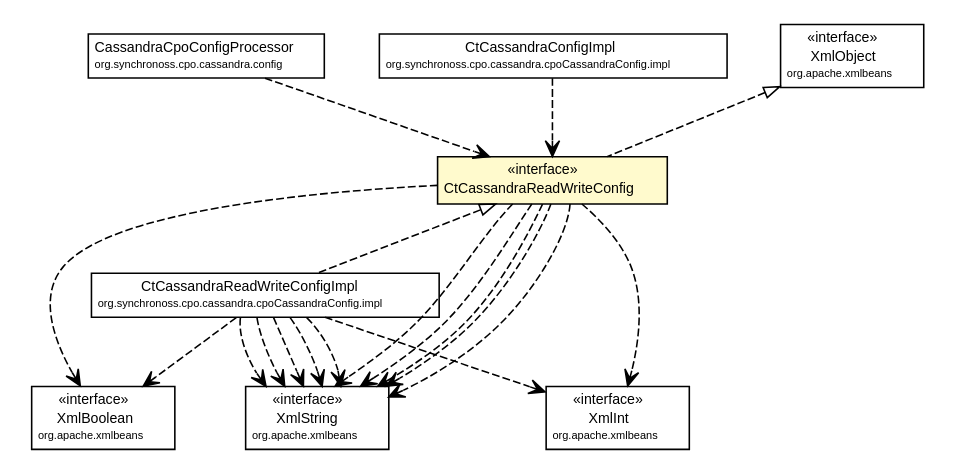
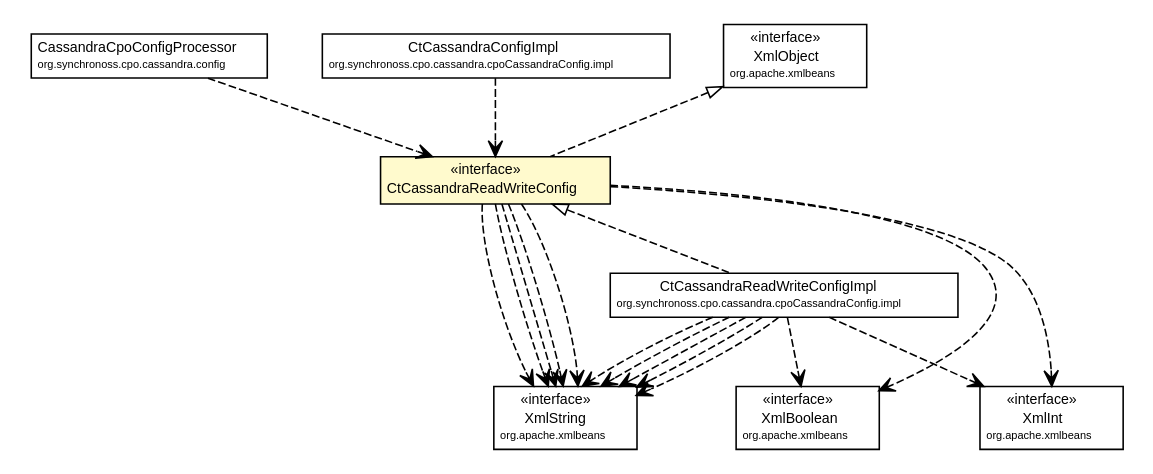
Before and after one commit to synchronoss/cpo-api: the diagram in site/apidocs/org/synchronoss/cpo/cassandra/cpoCassandraConfig/CtCassandraReadWriteConfig.dot, drawn with Graphviz. The commit also changed 876 other files, not shown here.

```diff
--- a/site/apidocs/org/synchronoss/cpo/cassandra/cpoCassandraConfig/CtCassandraReadWriteConfig.dot
+++ b/site/apidocs/org/synchronoss/cpo/cassandra/cpoCassandraConfig/CtCassandraReadWriteConfig.dot
@@ -1,106 +1,106 @@
 #!/usr/local/bin/dot
 #
 # Class diagram 
 # Generated by UmlGraph version 4.6 (http://www.spinellis.gr/sw/umlgraph)
 #
 
 digraph G {
 	edge [fontname="Helvetica",fontsize=10,labelfontname="Helvetica",labelfontsize=10];
 	node [fontname="Helvetica",fontsize=10,shape=plaintext];
 	// org.synchronoss.cpo.cassandra.config.CassandraCpoConfigProcessor
 	c51211 [label=<<table border="0" cellborder="1" cellspacing="0" cellpadding="2" port="p" href="../config/CassandraCpoConfigProcessor.html">
 		<tr><td><table border="0" cellspacing="0" cellpadding="1">
 			<tr><td> CassandraCpoConfigProcessor </td></tr>
 			<tr><td><font point-size="7.0"> org.synchronoss.cpo.cassandra.config </font></td></tr>
 		</table></td></tr>
 		</table>>, fontname="Helvetica", fontcolor="black", fontsize=9.0];
 	// org.synchronoss.cpo.cassandra.cpoCassandraConfig.CtCassandraReadWriteConfig
 	c51230 [label=<<table border="0" cellborder="1" cellspacing="0" cellpadding="2" port="p" bgcolor="lemonChiffon" href="./CtCassandraReadWriteConfig.html">
 		<tr><td><table border="0" cellspacing="0" cellpadding="1">
 			<tr><td> &laquo;interface&raquo; </td></tr>
 			<tr><td> CtCassandraReadWriteConfig </td></tr>
 		</table></td></tr>
 		</table>>, fontname="Helvetica", fontcolor="black", fontsize=9.0];
 	// org.synchronoss.cpo.cassandra.cpoCassandraConfig.impl.CtCassandraReadWriteConfigImpl
 	c51237 [label=<<table border="0" cellborder="1" cellspacing="0" cellpadding="2" port="p" href="./impl/CtCassandraReadWriteConfigImpl.html">
 		<tr><td><table border="0" cellspacing="0" cellpadding="1">
 			<tr><td> CtCassandraReadWriteConfigImpl </td></tr>
 			<tr><td><font point-size="7.0"> org.synchronoss.cpo.cassandra.cpoCassandraConfig.impl </font></td></tr>
 		</table></td></tr>
 		</table>>, fontname="Helvetica", fontcolor="black", fontsize=9.0];
 	// org.synchronoss.cpo.cassandra.cpoCassandraConfig.impl.CtCassandraConfigImpl
 	c51238 [label=<<table border="0" cellborder="1" cellspacing="0" cellpadding="2" port="p" href="./impl/CtCassandraConfigImpl.html">
 		<tr><td><table border="0" cellspacing="0" cellpadding="1">
 			<tr><td> CtCassandraConfigImpl </td></tr>
 			<tr><td><font point-size="7.0"> org.synchronoss.cpo.cassandra.cpoCassandraConfig.impl </font></td></tr>
 		</table></td></tr>
 		</table>>, fontname="Helvetica", fontcolor="black", fontsize=9.0];
 	//org.synchronoss.cpo.cassandra.cpoCassandraConfig.CtCassandraReadWriteConfig implements org.apache.xmlbeans.XmlObject
 	c51244:p -> c51230:p [dir=back,arrowtail=empty,style=dashed];
 	//org.synchronoss.cpo.cassandra.cpoCassandraConfig.impl.CtCassandraReadWriteConfigImpl implements org.synchronoss.cpo.cassandra.cpoCassandraConfig.CtCassandraReadWriteConfig
 	c51230:p -> c51237:p [dir=back,arrowtail=empty,style=dashed];
 	// org.synchronoss.cpo.cassandra.config.CassandraCpoConfigProcessor DEPEND org.synchronoss.cpo.cassandra.cpoCassandraConfig.CtCassandraReadWriteConfig
 	c51211:p -> c51230:p [taillabel="", label="", headlabel="", fontname="Helvetica", fontcolor="black", fontsize=10.0, color="black", arrowhead=open, style=dashed];
-	// org.synchronoss.cpo.cassandra.cpoCassandraConfig.CtCassandraReadWriteConfig DEPEND org.apache.xmlbeans.XmlBoolean
+	// org.synchronoss.cpo.cassandra.cpoCassandraConfig.CtCassandraReadWriteConfig DEPEND org.apache.xmlbeans.XmlString
 	c51230:p -> c51245:p [taillabel="", label="", headlabel="", fontname="Helvetica", fontcolor="black", fontsize=10.0, color="black", arrowhead=open, style=dashed];
 	// org.synchronoss.cpo.cassandra.cpoCassandraConfig.CtCassandraReadWriteConfig DEPEND org.apache.xmlbeans.XmlString
-	c51230:p -> c51246:p [taillabel="", label="", headlabel="", fontname="Helvetica", fontcolor="black", fontsize=10.0, color="black", arrowhead=open, style=dashed];
+	c51230:p -> c51245:p [taillabel="", label="", headlabel="", fontname="Helvetica", fontcolor="black", fontsize=10.0, color="black", arrowhead=open, style=dashed];
 	// org.synchronoss.cpo.cassandra.cpoCassandraConfig.CtCassandraReadWriteConfig DEPEND org.apache.xmlbeans.XmlString
-	c51230:p -> c51246:p [taillabel="", label="", headlabel="", fontname="Helvetica", fontcolor="black", fontsize=10.0, color="black", arrowhead=open, style=dashed];
+	c51230:p -> c51245:p [taillabel="", label="", headlabel="", fontname="Helvetica", fontcolor="black", fontsize=10.0, color="black", arrowhead=open, style=dashed];
 	// org.synchronoss.cpo.cassandra.cpoCassandraConfig.CtCassandraReadWriteConfig DEPEND org.apache.xmlbeans.XmlString
-	c51230:p -> c51246:p [taillabel="", label="", headlabel="", fontname="Helvetica", fontcolor="black", fontsize=10.0, color="black", arrowhead=open, style=dashed];
+	c51230:p -> c51245:p [taillabel="", label="", headlabel="", fontname="Helvetica", fontcolor="black", fontsize=10.0, color="black", arrowhead=open, style=dashed];
 	// org.synchronoss.cpo.cassandra.cpoCassandraConfig.CtCassandraReadWriteConfig DEPEND org.apache.xmlbeans.XmlString
+	c51230:p -> c51245:p [taillabel="", label="", headlabel="", fontname="Helvetica", fontcolor="black", fontsize=10.0, color="black", arrowhead=open, style=dashed];
+	// org.synchronoss.cpo.cassandra.cpoCassandraConfig.CtCassandraReadWriteConfig DEPEND org.apache.xmlbeans.XmlBoolean
 	c51230:p -> c51246:p [taillabel="", label="", headlabel="", fontname="Helvetica", fontcolor="black", fontsize=10.0, color="black", arrowhead=open, style=dashed];
 	// org.synchronoss.cpo.cassandra.cpoCassandraConfig.CtCassandraReadWriteConfig DEPEND org.apache.xmlbeans.XmlInt
 	c51230:p -> c51247:p [taillabel="", label="", headlabel="", fontname="Helvetica", fontcolor="black", fontsize=10.0, color="black", arrowhead=open, style=dashed];
-	// org.synchronoss.cpo.cassandra.cpoCassandraConfig.CtCassandraReadWriteConfig DEPEND org.apache.xmlbeans.XmlString
-	c51230:p -> c51246:p [taillabel="", label="", headlabel="", fontname="Helvetica", fontcolor="black", fontsize=10.0, color="black", arrowhead=open, style=dashed];
-	// org.synchronoss.cpo.cassandra.cpoCassandraConfig.impl.CtCassandraReadWriteConfigImpl DEPEND org.apache.xmlbeans.XmlBoolean
+	// org.synchronoss.cpo.cassandra.cpoCassandraConfig.impl.CtCassandraReadWriteConfigImpl DEPEND org.apache.xmlbeans.XmlString
 	c51237:p -> c51245:p [taillabel="", label="", headlabel="", fontname="Helvetica", fontcolor="black", fontsize=10.0, color="black", arrowhead=open, style=dashed];
 	// org.synchronoss.cpo.cassandra.cpoCassandraConfig.impl.CtCassandraReadWriteConfigImpl DEPEND org.apache.xmlbeans.XmlString
+	c51237:p -> c51245:p [taillabel="", label="", headlabel="", fontname="Helvetica", fontcolor="black", fontsize=10.0, color="black", arrowhead=open, style=dashed];
+	// org.synchronoss.cpo.cassandra.cpoCassandraConfig.impl.CtCassandraReadWriteConfigImpl DEPEND org.apache.xmlbeans.XmlString
+	c51237:p -> c51245:p [taillabel="", label="", headlabel="", fontname="Helvetica", fontcolor="black", fontsize=10.0, color="black", arrowhead=open, style=dashed];
+	// org.synchronoss.cpo.cassandra.cpoCassandraConfig.impl.CtCassandraReadWriteConfigImpl DEPEND org.apache.xmlbeans.XmlString
+	c51237:p -> c51245:p [taillabel="", label="", headlabel="", fontname="Helvetica", fontcolor="black", fontsize=10.0, color="black", arrowhead=open, style=dashed];
+	// org.synchronoss.cpo.cassandra.cpoCassandraConfig.impl.CtCassandraReadWriteConfigImpl DEPEND org.apache.xmlbeans.XmlBoolean
 	c51237:p -> c51246:p [taillabel="", label="", headlabel="", fontname="Helvetica", fontcolor="black", fontsize=10.0, color="black", arrowhead=open, style=dashed];
 	// org.synchronoss.cpo.cassandra.cpoCassandraConfig.impl.CtCassandraReadWriteConfigImpl DEPEND org.apache.xmlbeans.XmlString
-	c51237:p -> c51246:p [taillabel="", label="", headlabel="", fontname="Helvetica", fontcolor="black", fontsize=10.0, color="black", arrowhead=open, style=dashed];
-	// org.synchronoss.cpo.cassandra.cpoCassandraConfig.impl.CtCassandraReadWriteConfigImpl DEPEND org.apache.xmlbeans.XmlString
-	c51237:p -> c51246:p [taillabel="", label="", headlabel="", fontname="Helvetica", fontcolor="black", fontsize=10.0, color="black", arrowhead=open, style=dashed];
-	// org.synchronoss.cpo.cassandra.cpoCassandraConfig.impl.CtCassandraReadWriteConfigImpl DEPEND org.apache.xmlbeans.XmlString
-	c51237:p -> c51246:p [taillabel="", label="", headlabel="", fontname="Helvetica", fontcolor="black", fontsize=10.0, color="black", arrowhead=open, style=dashed];
+	c51237:p -> c51245:p [taillabel="", label="", headlabel="", fontname="Helvetica", fontcolor="black", fontsize=10.0, color="black", arrowhead=open, style=dashed];
 	// org.synchronoss.cpo.cassandra.cpoCassandraConfig.impl.CtCassandraReadWriteConfigImpl DEPEND org.apache.xmlbeans.XmlInt
 	c51237:p -> c51247:p [taillabel="", label="", headlabel="", fontname="Helvetica", fontcolor="black", fontsize=10.0, color="black", arrowhead=open, style=dashed];
-	// org.synchronoss.cpo.cassandra.cpoCassandraConfig.impl.CtCassandraReadWriteConfigImpl DEPEND org.apache.xmlbeans.XmlString
-	c51237:p -> c51246:p [taillabel="", label="", headlabel="", fontname="Helvetica", fontcolor="black", fontsize=10.0, color="black", arrowhead=open, style=dashed];
 	// org.synchronoss.cpo.cassandra.cpoCassandraConfig.impl.CtCassandraConfigImpl DEPEND org.synchronoss.cpo.cassandra.cpoCassandraConfig.CtCassandraReadWriteConfig
 	c51238:p -> c51230:p [taillabel="", label="", headlabel="", fontname="Helvetica", fontcolor="black", fontsize=10.0, color="black", arrowhead=open, style=dashed];
 	// org.apache.xmlbeans.XmlObject
 	c51244 [label=<<table border="0" cellborder="1" cellspacing="0" cellpadding="2" port="p" href="http://java.sun.com/j2se/1.4.2/docs/api/org/apache/xmlbeans/XmlObject.html">
 		<tr><td><table border="0" cellspacing="0" cellpadding="1">
 			<tr><td> &laquo;interface&raquo; </td></tr>
 			<tr><td> XmlObject </td></tr>
 			<tr><td><font point-size="7.0"> org.apache.xmlbeans </font></td></tr>
 		</table></td></tr>
 		</table>>, fontname="Helvetica", fontcolor="black", fontsize=9.0];
 	// org.apache.xmlbeans.XmlInt
 	c51247 [label=<<table border="0" cellborder="1" cellspacing="0" cellpadding="2" port="p" href="http://java.sun.com/j2se/1.4.2/docs/api/org/apache/xmlbeans/XmlInt.html">
 		<tr><td><table border="0" cellspacing="0" cellpadding="1">
 			<tr><td> &laquo;interface&raquo; </td></tr>
 			<tr><td> XmlInt </td></tr>
 			<tr><td><font point-size="7.0"> org.apache.xmlbeans </font></td></tr>
 		</table></td></tr>
 		</table>>, fontname="Helvetica", fontcolor="black", fontsize=9.0];
 	// org.apache.xmlbeans.XmlString
-	c51246 [label=<<table border="0" cellborder="1" cellspacing="0" cellpadding="2" port="p" href="http://java.sun.com/j2se/1.4.2/docs/api/org/apache/xmlbeans/XmlString.html">
+	c51245 [label=<<table border="0" cellborder="1" cellspacing="0" cellpadding="2" port="p" href="http://java.sun.com/j2se/1.4.2/docs/api/org/apache/xmlbeans/XmlString.html">
 		<tr><td><table border="0" cellspacing="0" cellpadding="1">
 			<tr><td> &laquo;interface&raquo; </td></tr>
 			<tr><td> XmlString </td></tr>
 			<tr><td><font point-size="7.0"> org.apache.xmlbeans </font></td></tr>
 		</table></td></tr>
 		</table>>, fontname="Helvetica", fontcolor="black", fontsize=9.0];
 	// org.apache.xmlbeans.XmlBoolean
-	c51245 [label=<<table border="0" cellborder="1" cellspacing="0" cellpadding="2" port="p" href="http://java.sun.com/j2se/1.4.2/docs/api/org/apache/xmlbeans/XmlBoolean.html">
+	c51246 [label=<<table border="0" cellborder="1" cellspacing="0" cellpadding="2" port="p" href="http://java.sun.com/j2se/1.4.2/docs/api/org/apache/xmlbeans/XmlBoolean.html">
 		<tr><td><table border="0" cellspacing="0" cellpadding="1">
 			<tr><td> &laquo;interface&raquo; </td></tr>
 			<tr><td> XmlBoolean </td></tr>
 			<tr><td><font point-size="7.0"> org.apache.xmlbeans </font></td></tr>
 		</table></td></tr>
 		</table>>, fontname="Helvetica", fontcolor="black", fontsize=9.0];
 }
```
